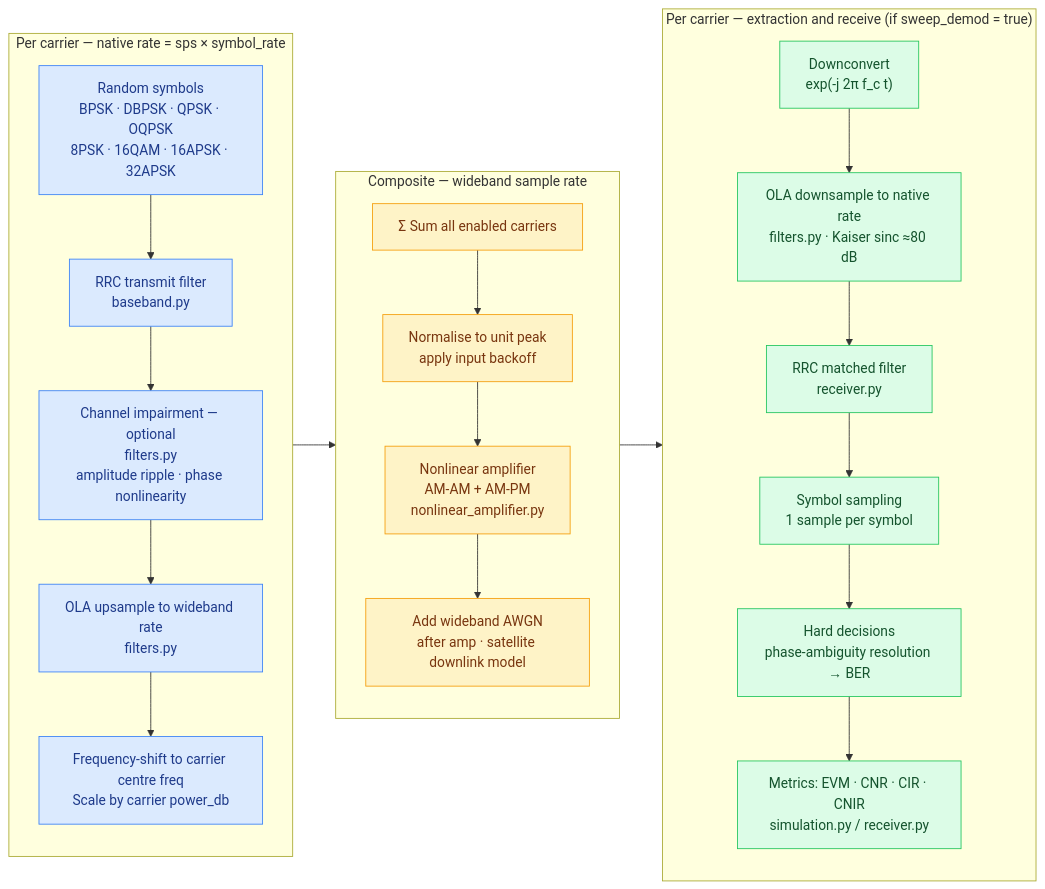
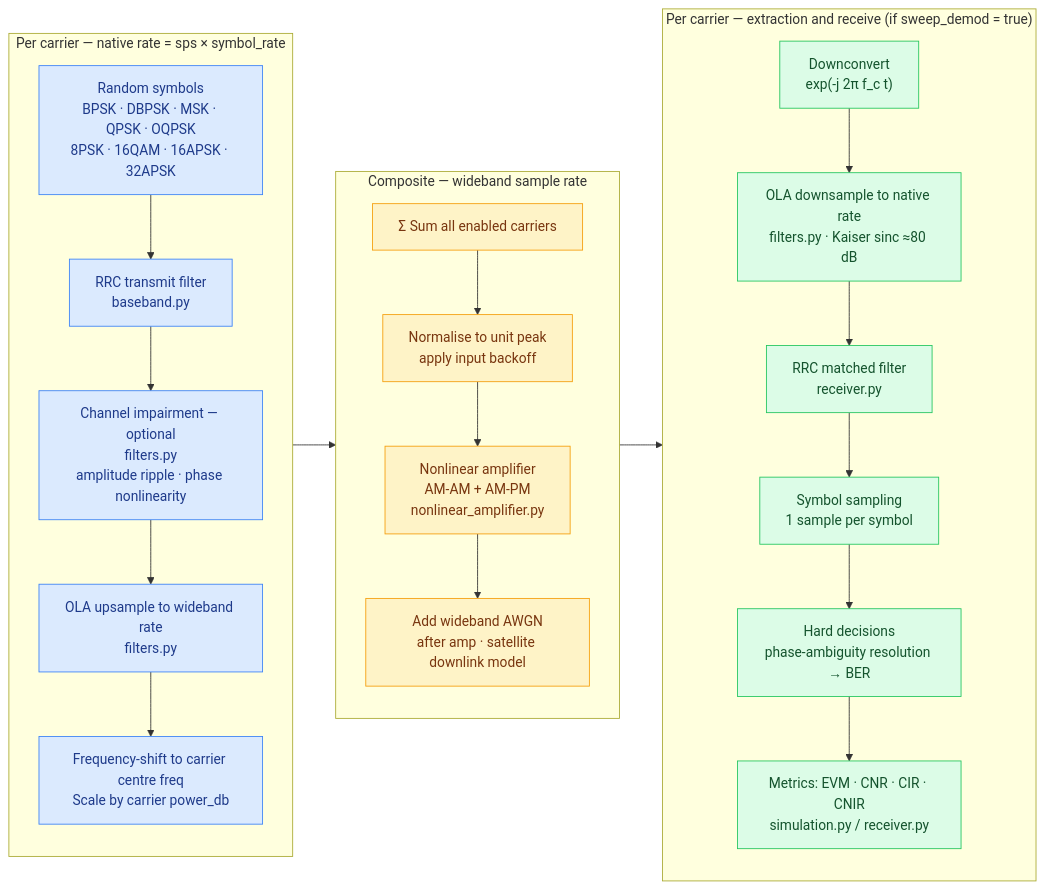
Before and after one commit to bandospook/signal-processing-simulation: the diagram in docs/GUIDE.md, drawn with Mermaid. The commit also changed other lines of this file, not shown here.

First line of the commit message:
docs: make GUIDE consistent with MSK and linked documents

````diff
--- a/docs/GUIDE.md
+++ b/docs/GUIDE.md
@@ -51,43 +51,43 @@
 ```mermaid
 flowchart LR
     subgraph TX["Per carrier  —  native rate = sps × symbol_rate"]
         direction TB
-        S["Random symbols<br/>BPSK · DBPSK · QPSK · OQPSK<br/>8PSK · 16QAM · 16APSK · 32APSK"]
+        S["Random symbols<br/>BPSK · DBPSK · MSK · QPSK · OQPSK<br/>8PSK · 16QAM · 16APSK · 32APSK"]
         RRC_TX["RRC transmit filter<br/>baseband.py"]
         CHIMP["Channel impairment — optional<br/>filters.py<br/>amplitude ripple · phase nonlinearity"]
         UPSMPL["OLA upsample to wideband rate<br/>filters.py"]
         FSHIFT["Frequency-shift to carrier centre freq<br/>Scale by carrier power_db"]
         S --> RRC_TX --> CHIMP --> UPSMPL --> FSHIFT
     end
 
     subgraph WB["Composite  —  wideband sample rate"]
         direction TB
         SUM["Σ  Sum all enabled carriers"]
         NORM["Normalise to unit peak<br/>apply input backoff"]
         NLA["Nonlinear amplifier<br/>AM-AM + AM-PM<br/>nonlinear_amplifier.py"]
         AWGN["Add wideband AWGN<br/>after amp · satellite downlink model"]
         SUM --> NORM --> NLA --> AWGN
     end
 
     subgraph RX["Per carrier  —  extraction and receive  (if sweep_demod = true)"]
         direction TB
         DCNV["Downconvert<br/>exp(-j 2π f_c t)"]
         DNSMPL["OLA downsample to native rate<br/>filters.py · Kaiser sinc ≈80 dB"]
         MF["RRC matched filter<br/>receiver.py"]
         SSAMP["Symbol sampling<br/>1 sample per symbol"]
         HDEC["Hard decisions<br/>phase-ambiguity resolution → BER"]
         MTRX["Metrics: EVM · CNR · CIR · CNIR<br/>simulation.py / receiver.py"]
         DCNV --> DNSMPL --> MF --> SSAMP --> HDEC --> MTRX
     end
 
     FSHIFT --> SUM
     AWGN --> DCNV
 
     classDef tx fill:#dbeafe,stroke:#3b82f6,color:#1e3a8a
     classDef wb fill:#fef3c7,stroke:#f59e0b,color:#78350f
     classDef rx fill:#dcfce7,stroke:#22c55e,color:#14532d
 
     class S,RRC_TX,CHIMP,UPSMPL,FSHIFT tx
     class SUM,NORM,NLA,AWGN wb
     class DCNV,DNSMPL,MF,SSAMP,HDEC,MTRX rx
 ```
````
